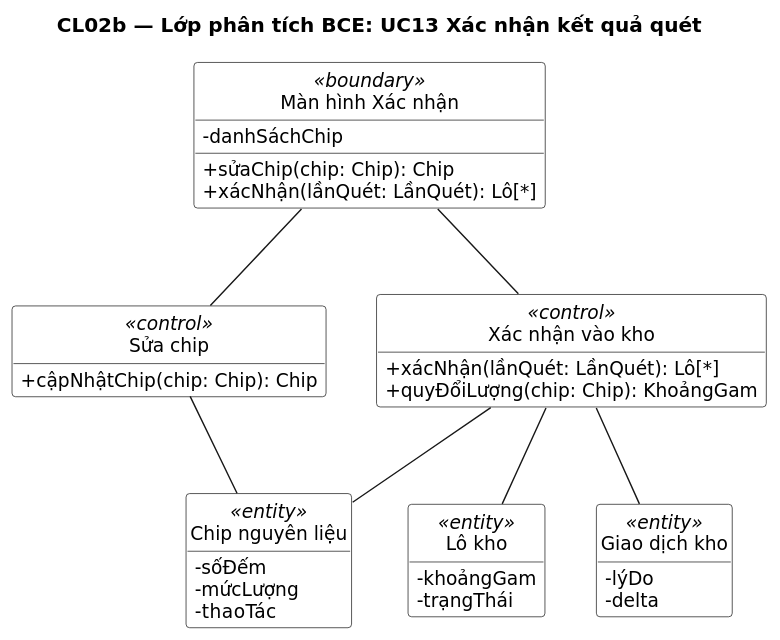
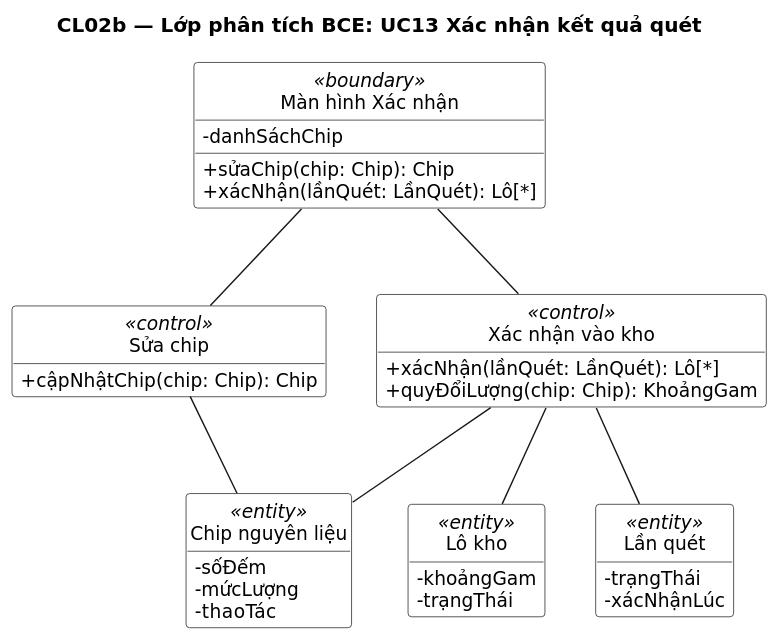
Before and after one commit to NamBuw/Tastoria: the diagram in docs/uml/class/CL02b-bce-xac-nhan-quet.puml, drawn with PlantUML. The commit also changed 505 other files, not shown here.

Commit message:
feat(m6): commercial production hardening, E2E/DR verification, and system architecture PDF

```diff
--- a/docs/uml/class/CL02b-bce-xac-nhan-quet.puml
+++ b/docs/uml/class/CL02b-bce-xac-nhan-quet.puml
@@ -1,46 +1,46 @@
 @startuml
 title CL02b — Lớp phân tích BCE: UC13 Xác nhận kết quả quét
 ' Sinh từ docs/sad/tools/diagrams/model.py — sửa ở đó rồi chạy gen_puml.py, không sửa tay.
 skinparam shadowing false
 skinparam defaultFontName DejaVu Sans
 skinparam defaultFontSize 13
 skinparam dpi 110
 
 hide circle
 hide empty members
 skinparam classAttributeIconSize 0
 skinparam ClassBackgroundColor White
 
 class "Màn hình Xác nhận" as BX <<boundary>> {
   -danhSáchChip
   +sửaChip(chip: Chip): Chip
   +xácNhận(lầnQuét: LầnQuét): Lô[*]
 }
 class "Sửa chip" as CSC <<control>> {
   +cậpNhậtChip(chip: Chip): Chip
 }
 class "Xác nhận vào kho" as CX <<control>> {
   +xácNhận(lầnQuét: LầnQuét): Lô[*]
   +quyĐổiLượng(chip: Chip): KhoảngGam
 }
 class "Chip nguyên liệu" as ECH <<entity>> {
   -sốĐếm
   -mứcLượng
   -thaoTác
 }
 class "Lô kho" as ELO <<entity>> {
   -khoảngGam
   -trạngThái
 }
-class "Giao dịch kho" as EGD <<entity>> {
-  -lýDo
-  -delta
+class "Lần quét" as ELQ <<entity>> {
+  -trạngThái
+  -xácNhậnLúc
 }
 
 BX -- CSC
 BX -- CX
 CSC -- ECH
 CX -- ECH
 CX -- ELO
-CX -- EGD
+CX -- ELQ
 @enduml
```
